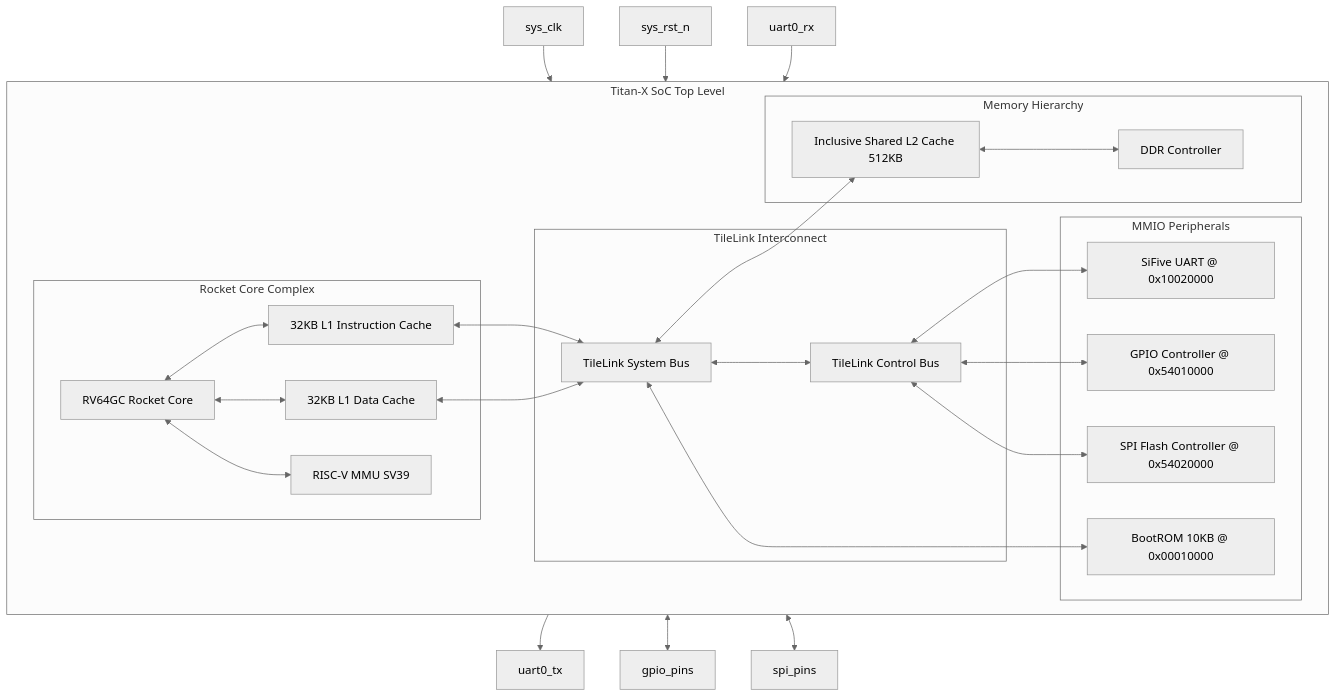
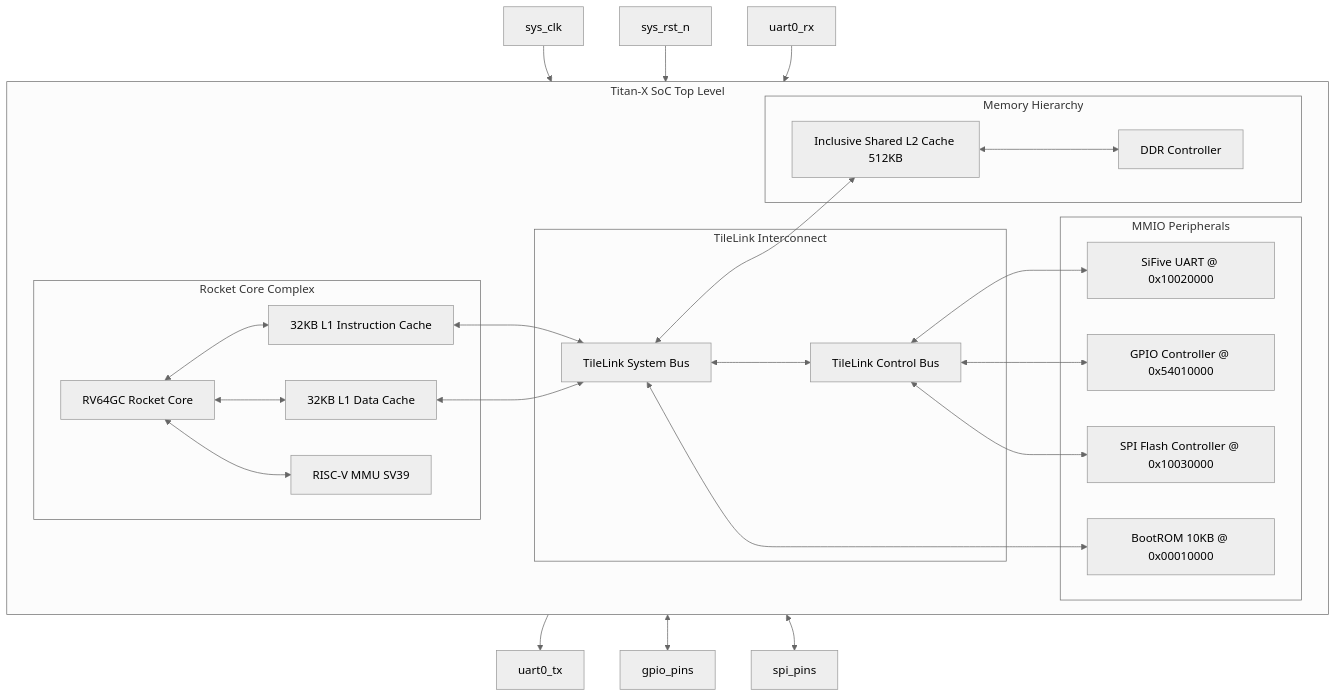
The diagram in phases/phase2-boot-infra/docs/block_diagram.md (anupamsarashwat1-cloud/smvdu-titan-x), drawn with Mermaid (neutral theme) before and after one commit. The commit also changed other lines of this file and 2 other files, not shown here.

Commit message:
docs(phase2): embed high-fidelity Phase 2 architecture block diagram image

````diff
--- a/phases/phase2-boot-infra/docs/block_diagram.md
+++ b/phases/phase2-boot-infra/docs/block_diagram.md
@@ -11,51 +17,51 @@
 ```mermaid
 graph TB
     subgraph ChipBoundary [Titan-X SoC Top Level]
         subgraph CoreComplex [Rocket Core Complex]
             Core[RV64GC Rocket Core]
             L1I[32KB L1 Instruction Cache]
             L1D[32KB L1 Data Cache]
             MMU[RISC-V MMU SV39]
 
             Core <--> L1I
             Core <--> L1D
             Core <--> MMU
         end
 
         subgraph Interconnect [TileLink Interconnect]
             SystemBus[TileLink System Bus]
             ControlBus[TileLink Control Bus]
             SystemBus <--> ControlBus
         end
 
         L1I <--> SystemBus
         L1D <--> SystemBus
 
         subgraph Peripherals [MMIO Peripherals]
             UART[SiFive UART @ 0x10020000]
             BootROM[BootROM 10KB @ 0x00010000]
-            SPI[SPI Flash Controller @ 0x54020000]
+            SPI[SPI Flash Controller @ 0x10030000]
             GPIO[GPIO Controller @ 0x54010000]
         end
 
         ControlBus <--> UART
         ControlBus <--> GPIO
         ControlBus <--> SPI
         SystemBus <--> BootROM
 
         subgraph MemorySubsystem [Memory Hierarchy]
             L2[Inclusive Shared L2 Cache 512KB]
             DRAMSim[DDR Controller]
         end
 
         SystemBus <--> L2
         L2 <--> DRAMSim
     end
 
     sys_clk[sys_clk] --> ChipBoundary
     sys_rst_n[sys_rst_n] --> ChipBoundary
     ChipBoundary --> uart_tx[uart0_tx]
     uart_rx[uart0_rx] --> ChipBoundary
     ChipBoundary <--> gpio_pins[gpio_pins]
     ChipBoundary <--> spi_pins[spi_pins]
 ```
````
